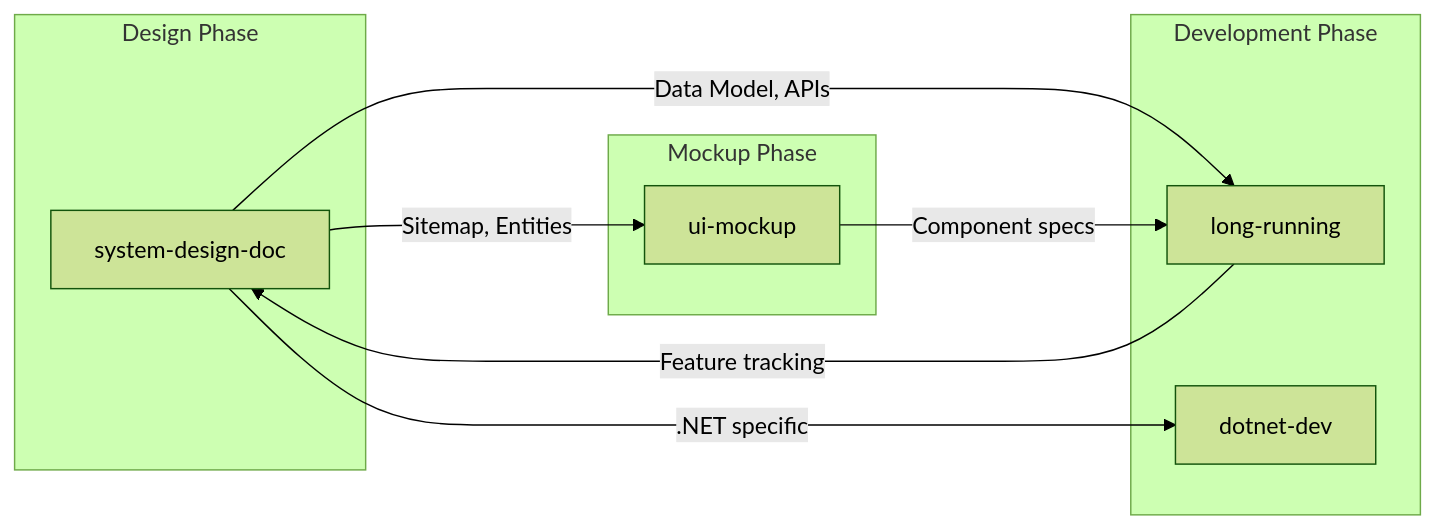
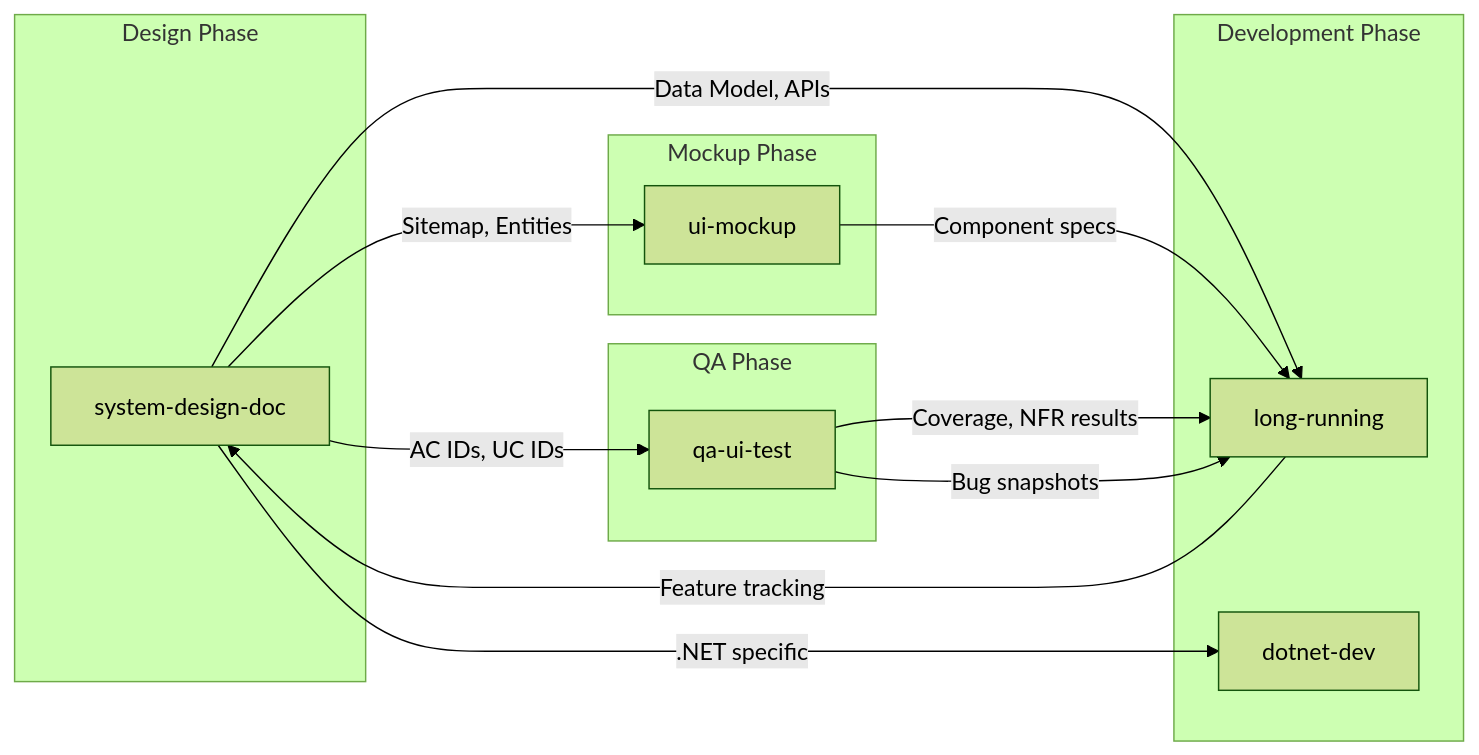
One commit to mounchons/AgentMarketPlace changed the fourth of 4 diagrams in plugins/system-design-doc/skills/system-design-doc/SKILL.md. Above: the diagram before and after it, drawn with Mermaid (forest theme). The commit also changed other lines of this file and 6 other files, not shown here.

````diff
--- a/plugins/system-design-doc/skills/system-design-doc/SKILL.md
+++ b/plugins/system-design-doc/skills/system-design-doc/SKILL.md
@@ -125,21 +126,28 @@
 ```mermaid
 flowchart LR
     subgraph DesignPhase["Design Phase"]
         SD[system-design-doc]
     end
 
     subgraph MockupPhase["Mockup Phase"]
         UM[ui-mockup]
     end
 
     subgraph DevPhase["Development Phase"]
         LR[long-running]
         DN[dotnet-dev]
     end
 
+    subgraph QAPhase["QA Phase"]
+        QA[qa-ui-test]
+    end
+
     SD -->|Sitemap, Entities| UM
     SD -->|Data Model, APIs| LR
+    SD -->|AC IDs, UC IDs| QA
     UM -->|Component specs| LR
     SD -->|.NET specific| DN
     LR -->|Feature tracking| SD
+    QA -->|Coverage, NFR results| LR
+    QA -->|Bug snapshots| LR
 ```
````
